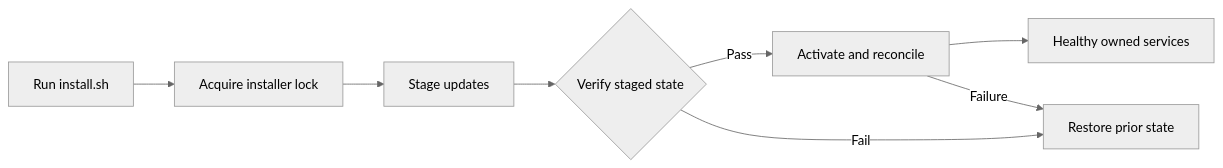
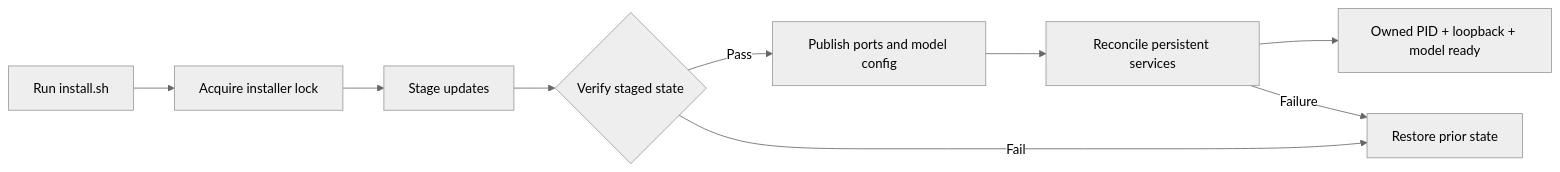
One commit to orichum/claudex-workflow changed the third of 5 diagrams in README.md. Above: the diagram before and after it, drawn with Mermaid (neutral theme). The commit also changed other lines of this file and 12 other files, not shown here.

````diff
--- a/README.md
+++ b/README.md
@@ -116,10 +128,11 @@
 ```mermaid
 flowchart LR
     Run["Run install.sh"] --> Lock["Acquire installer lock"]
     Lock --> Stage["Stage updates"]
     Stage --> Verify{"Verify staged state"}
-    Verify -->|"Pass"| Activate["Activate and reconcile"]
-    Activate --> Healthy["Healthy owned services"]
+    Verify -->|"Pass"| Publish["Publish ports and model config"]
+    Publish --> Activate["Reconcile persistent services"]
+    Activate --> Healthy["Owned PID + loopback + model ready"]
     Verify -->|"Fail"| Restore["Restore prior state"]
     Activate -->|"Failure"| Restore
 ```
````
